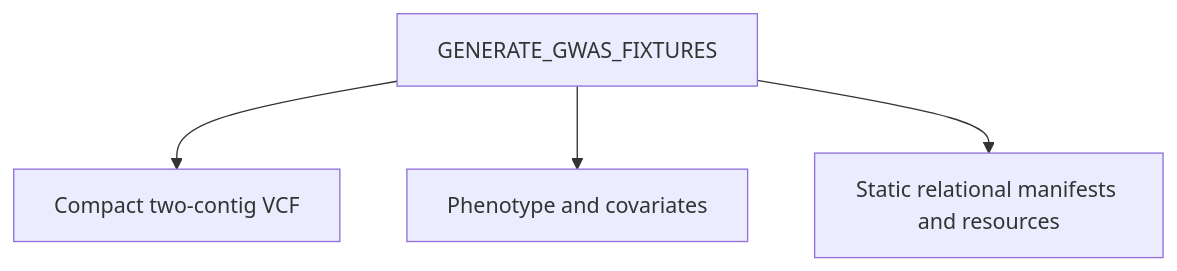
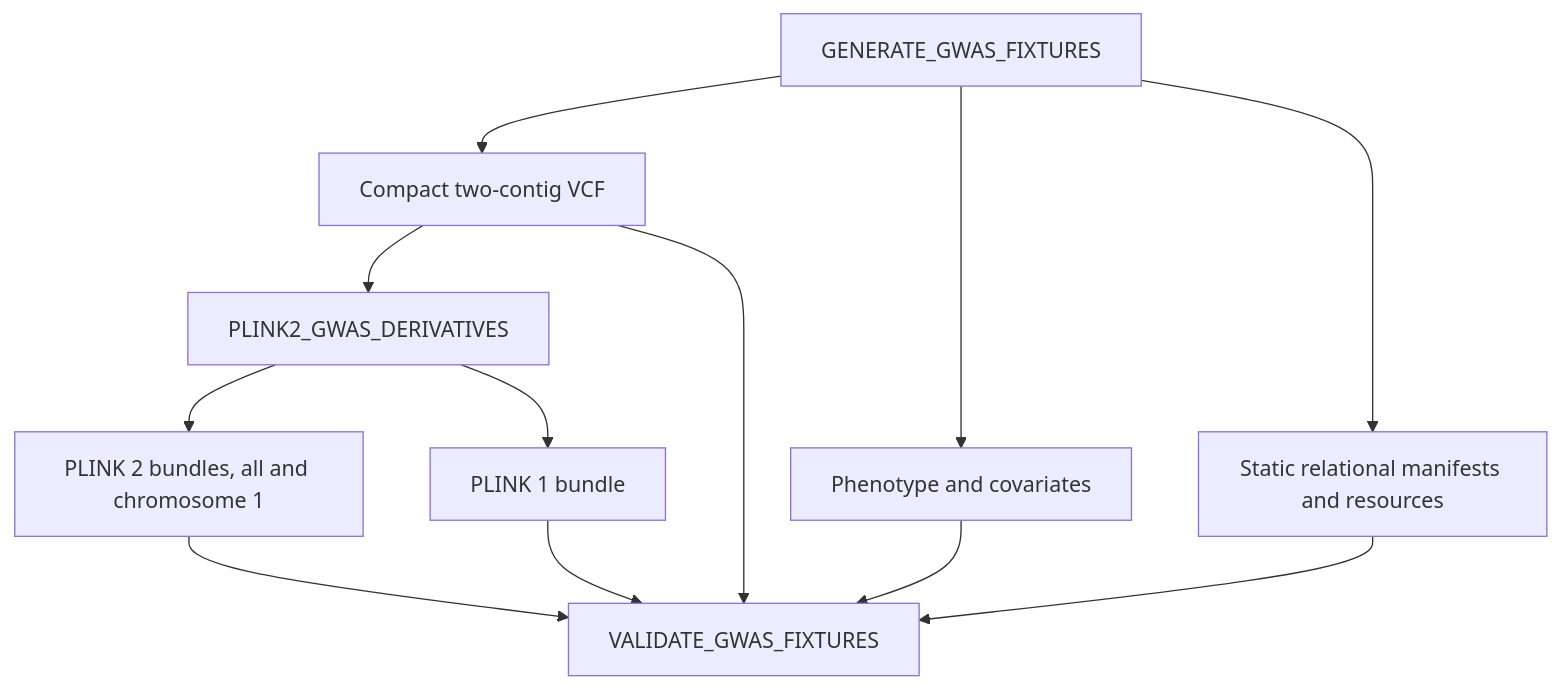
The diagram in README.md (nf-core/test-datasets), drawn with Mermaid before and after one commit. The commit also changed other lines of this file, not shown here.

First line of the commit message:
docs(fixtures): document the PLINK derivatives and the PGEN cohort row

````diff
--- a/README.md
+++ b/README.md
@@ -13,6 +13,14 @@
 ```mermaid
 graph TD
     A[GENERATE_GWAS_FIXTURES] --> B[Compact two-contig VCF]
     A --> C[Phenotype and covariates]
     A --> D[Static relational manifests and resources]
+    B --> E[PLINK2_GWAS_DERIVATIVES]
+    E --> F[PLINK 2 bundles, all and chromosome 1]
+    E --> G[PLINK 1 bundle]
+    B --> H[VALIDATE_GWAS_FIXTURES]
+    C --> H
+    D --> H
+    F --> H
+    G --> H
 ```
````
